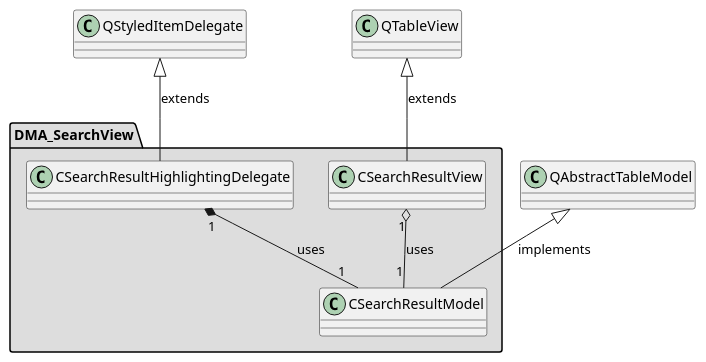
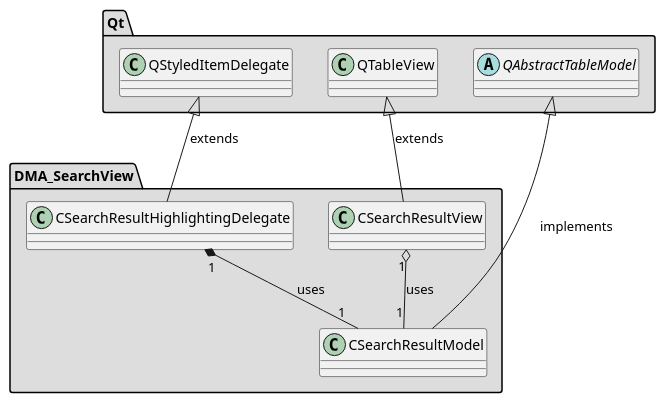
The diagram in md/dev_docs/puml/DMA_SearchView_standalone.puml (svlad-90/DLT-Message-Analyzer), drawn with PlantUML before and after one commit. The commit also changed 41 other files, not shown here.

First line of the commit message:
[ISSUE #107][REPOSITORY] Extend README to contain a diagram, which will represent dependencies to the third-party repositories

```diff
--- a/md/dev_docs/puml/DMA_SearchView_standalone.puml
+++ b/md/dev_docs/puml/DMA_SearchView_standalone.puml
@@ -2,30 +2,47 @@
 @startuml
 
 skinparam wrapWidth 600
 package "DMA_SearchView" #DDDDDD
 {
 
 class "CSearchResultHighlightingDelegate"
 {
 }
 
 class "CSearchResultModel"
 {
 }
 
 class "CSearchResultView"
 {
 }
 
 }
 
+package "Qt" #DDDDDD
+{
+
+abstract class "QAbstractTableModel"
+{
+}
+
+class "QStyledItemDelegate"
+{
+}
+
+class "QTableView"
+{
+}
+
+}
+
 '====================Inheritance section====================
 QStyledItemDelegate <|-- CSearchResultHighlightingDelegate : extends
 QAbstractTableModel <|-- CSearchResultModel : implements
 QTableView <|-- CSearchResultView : extends
 
 '====================Dependencies section====================
 CSearchResultHighlightingDelegate "1" *-- "1" CSearchResultModel : uses
 CSearchResultView "1" o-- "1" CSearchResultModel : uses
 
 @enduml
```
